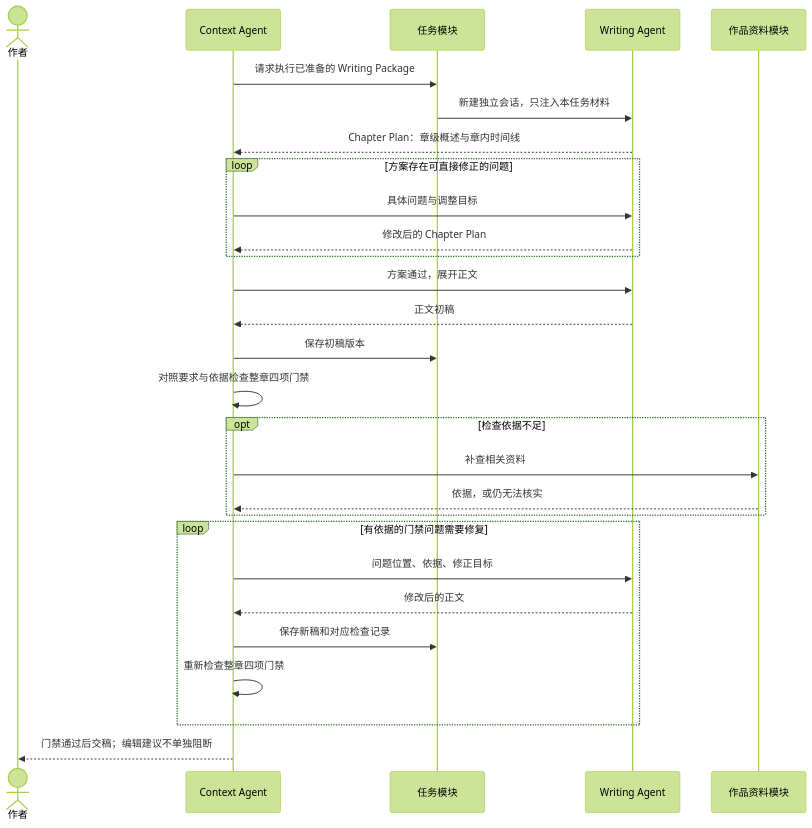
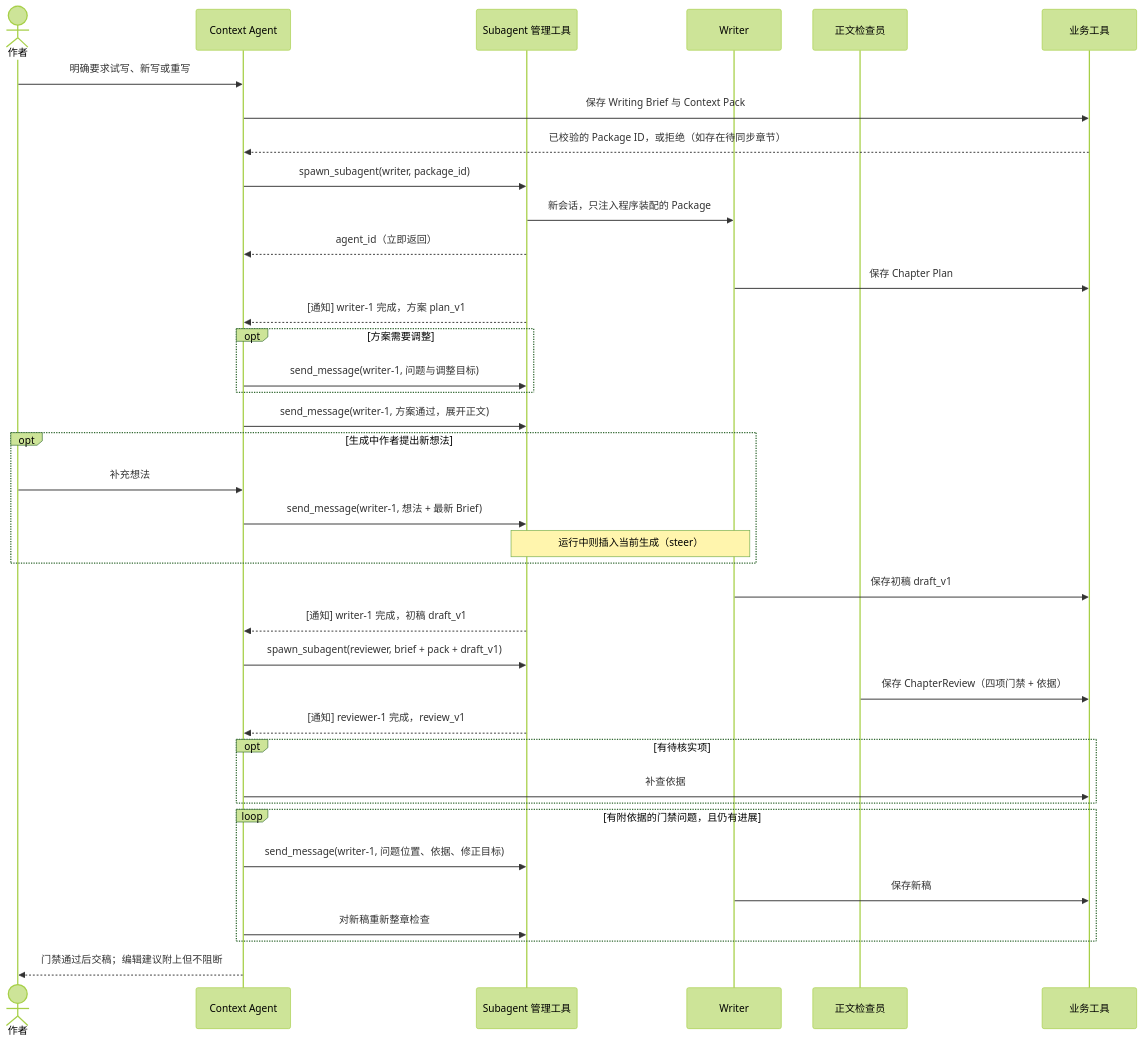
The third of 6 diagrams in docs/design/mvp-flow-and-architecture.md (wdnmdtonyma/Noya), drawn with Mermaid (forest theme) before and after one commit. The commit also changed other lines of this file and 5 other files, not shown here.

First line of the commit message:
docs: adopt Pi coding-agent with Skills and subagents for MVP architecture

````diff
--- a/docs/design/mvp-flow-and-architecture.md
+++ b/docs/design/mvp-flow-and-architecture.md
@@ -97,31 +120,41 @@
 ```mermaid
 sequenceDiagram
     actor Author as 作者
     participant Context as Context Agent
-    participant Tasks as 任务模块
-    participant Writer as Writing Agent
-    participant Work as 作品资料模块
+    participant Subs as Subagent 管理工具
+    participant Writer as Writer
+    participant Reviewer as 正文检查员
+    participant Tools as 业务工具
 
-    Context->>Tasks: 请求执行已准备的 Writing Package
-    Tasks->>Writer: 新建独立会话，只注入本任务材料
-    Writer-->>Context: Chapter Plan：章级概述与章内时间线
-    loop 方案存在可直接修正的问题
-        Context->>Writer: 具体问题与调整目标
-        Writer-->>Context: 修改后的 Chapter Plan
+    Author->>Context: 明确要求试写、新写或重写
+    Context->>Tools: 保存 Writing Brief 与 Context Pack
+    Tools-->>Context: 已校验的 Package ID，或拒绝（如存在待同步章节）
+    Context->>Subs: spawn_subagent(writer, package_id)
+    Subs->>Writer: 新会话，只注入程序装配的 Package
+    Subs-->>Context: agent_id（立即返回）
+    Writer->>Tools: 保存 Chapter Plan
+    Subs-->>Context: [通知] writer-1 完成，方案 plan_v1
+    opt 方案需要调整
+        Context->>Subs: send_message(writer-1, 问题与调整目标)
     end
-    Context->>Writer: 方案通过，展开正文
-    Writer-->>Context: 正文初稿
-    Context->>Tasks: 保存初稿版本
-    Context->>Context: 对照要求与依据检查整章四项门禁
-    opt 检查依据不足
-        Context->>Work: 补查相关资料
-        Work-->>Context: 依据，或仍无法核实
+    Context->>Subs: send_message(writer-1, 方案通过，展开正文)
+    opt 生成中作者提出新想法
+        Author->>Context: 补充想法
+        Context->>Subs: send_message(writer-1, 想法 + 最新 Brief)
+        Note over Subs,Writer: 运行中则插入当前生成（steer）
     end
-    loop 有依据的门禁问题需要修复
-        Context->>Writer: 问题位置、依据、修正目标
-        Writer-->>Context: 修改后的正文
-        Context->>Tasks: 保存新稿和对应检查记录
-        Context->>Context: 重新检查整章四项门禁
+    Writer->>Tools: 保存初稿 draft_v1
+    Subs-->>Context: [通知] writer-1 完成，初稿 draft_v1
+    Context->>Subs: spawn_subagent(reviewer, brief + pack + draft_v1)
+    Reviewer->>Tools: 保存 ChapterReview（四项门禁 + 依据）
+    Subs-->>Context: [通知] reviewer-1 完成，review_v1
+    opt 有待核实项
+        Context->>Tools: 补查依据
     end
-    Context-->>Author: 门禁通过后交稿；编辑建议不单独阻断
+    loop 有附依据的门禁问题，且仍有进展
+        Context->>Subs: send_message(writer-1, 问题位置、依据、修正目标)
+        Writer->>Tools: 保存新稿
+        Context->>Subs: 对新稿重新整章检查
+    end
+    Context-->>Author: 门禁通过后交稿；编辑建议附上但不阻断
 ```
````
